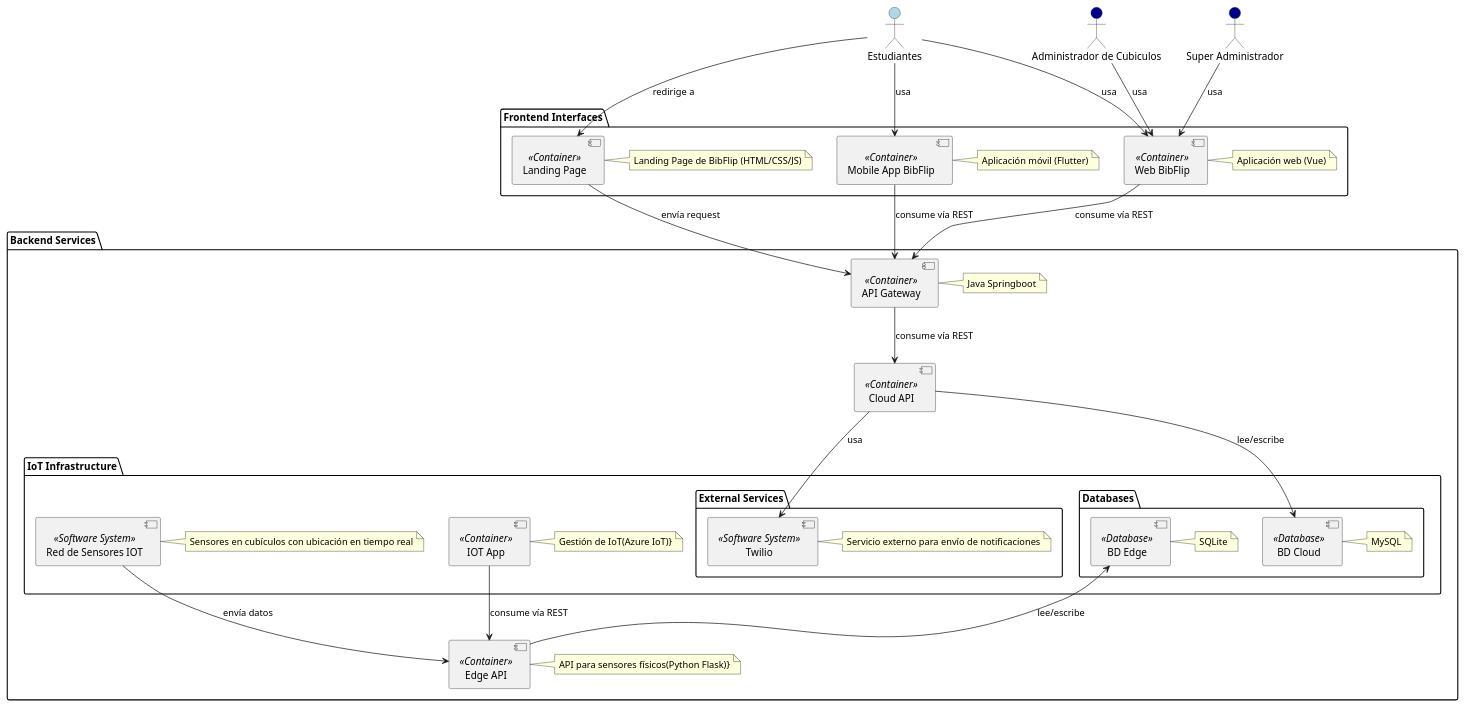
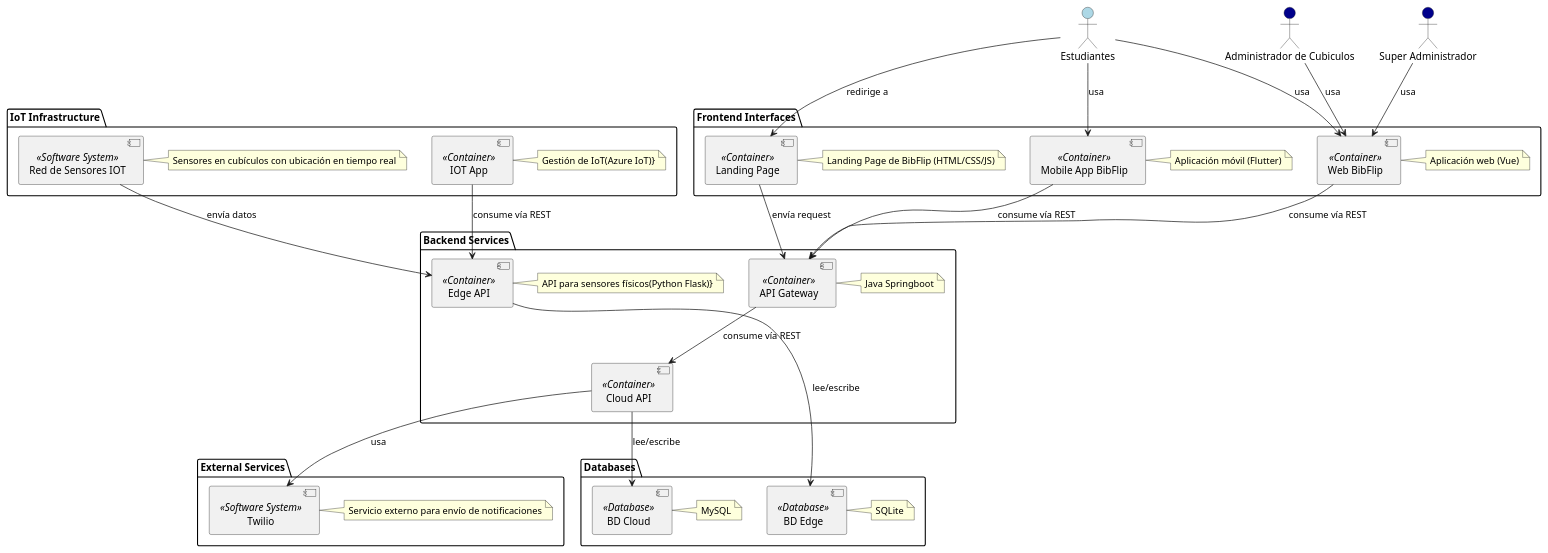
Before and after one commit to upc-pre-202520-1asi0572-3355-BibFlip/Report: the diagram in diagramas/Diagrama de contenedores.wsd, drawn with PlantUML.

Commit message:
chore: update container diagram code

```diff
--- a/diagramas/Diagrama de contenedores.wsd
+++ b/diagramas/Diagrama de contenedores.wsd
@@ -1,61 +1,61 @@
 @startuml
 actor "Estudiantes" as estudiantes #lightblue
 actor "Administrador de Cubiculos" as adminCubiculos #darkblue
 actor "Super Administrador" as superAdmin #darkblue
 
 package "Frontend Interfaces" {
   [Landing Page] <<Container>>
   note right of [Landing Page] : Landing Page de BibFlip (HTML/CSS/JS)
   [Mobile App BibFlip] <<Container>>
   note right of [Mobile App BibFlip] : Aplicación móvil (Flutter)
   [Web BibFlip] <<Container>>
   note right of [Web BibFlip] : Aplicación web (Vue)
 }
 
 package "Backend Services" {
   [API Gateway] <<Container>>
   note right of [API Gateway] : Java Springboot
 
   [Cloud API] <<Container>>
   [Edge API] <<Container>>
   note right of [Edge API] : API para sensores físicos(Python Flask)}
-
+}
 package "IoT Infrastructure" {
   [Red de Sensores IOT] <<Software System>>
   note right of [Red de Sensores IOT] : Sensores en cubículos con ubicación en tiempo real
 
   [IOT App] <<Container>>
   note right of [IOT App] : Gestión de IoT(Azure IoT)}
-
+}
 package "External Services" {
   [Twilio] <<Software System>>
   note right of [Twilio] : Servicio externo para envío de notificaciones
 }
 
 package "Databases" {
   [BD Cloud] <<Database>>
   note right of [BD Cloud] : MySQL
 
   [BD Edge] <<Database>>
   note right of [BD Edge] : SQLite
 }
 
 estudiantes--> [Landing Page] : redirige a
 estudiantes--> [Mobile App BibFlip] : usa
 estudiantes--> [Web BibFlip] : usa
 
 adminCubiculos--> [Web BibFlip] : usa
 superAdmin--> [Web BibFlip] : usa
 
 [Landing Page]--> [API Gateway] : envía request
 [Mobile App BibFlip]--> [API Gateway] : consume vía REST
 [Web BibFlip]--> [API Gateway] : consume vía REST
 [API Gateway]--> [Cloud API] : consume vía REST
 [Cloud API]--> [BD Cloud] : lee/escribe
 [Edge API]--> [BD Edge] : lee/escribe
 [Red de Sensores IOT]--> [Edge API] : envía datos
 [IOT App]--> [Edge API] : consume vía REST
 
 [Cloud API]--> [Twilio] : usa
 
 @enduml
```
